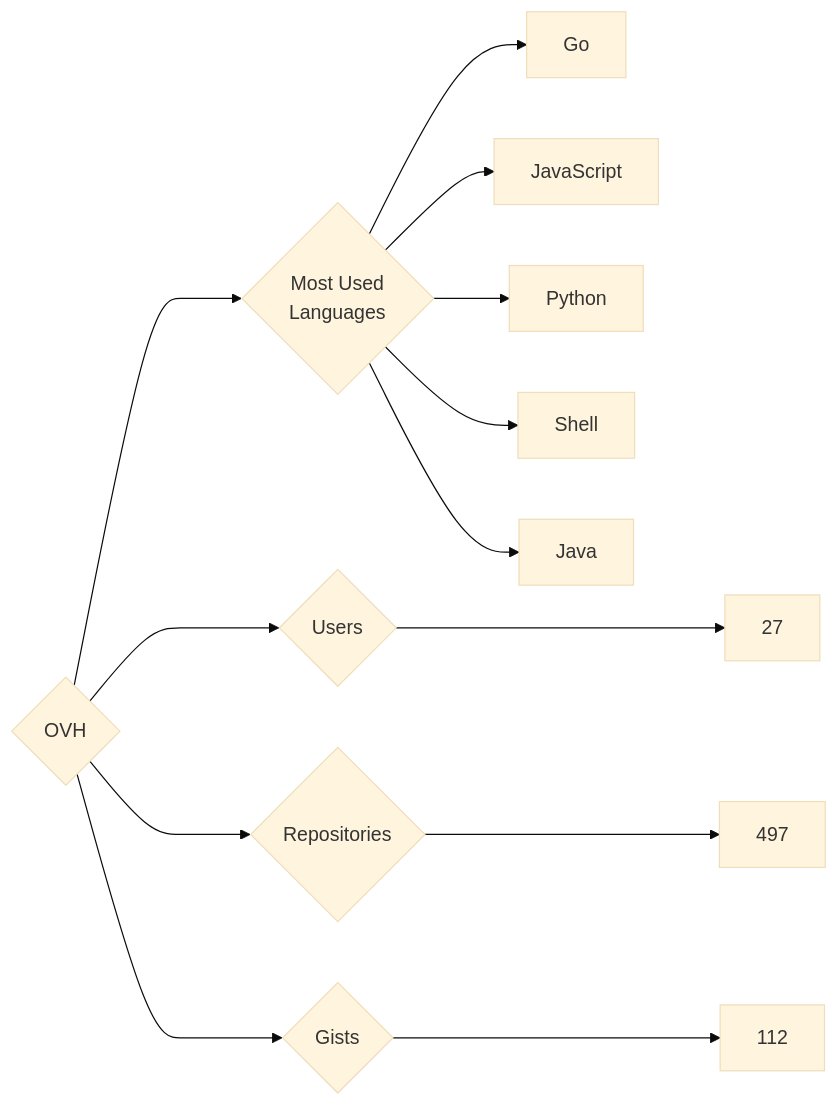
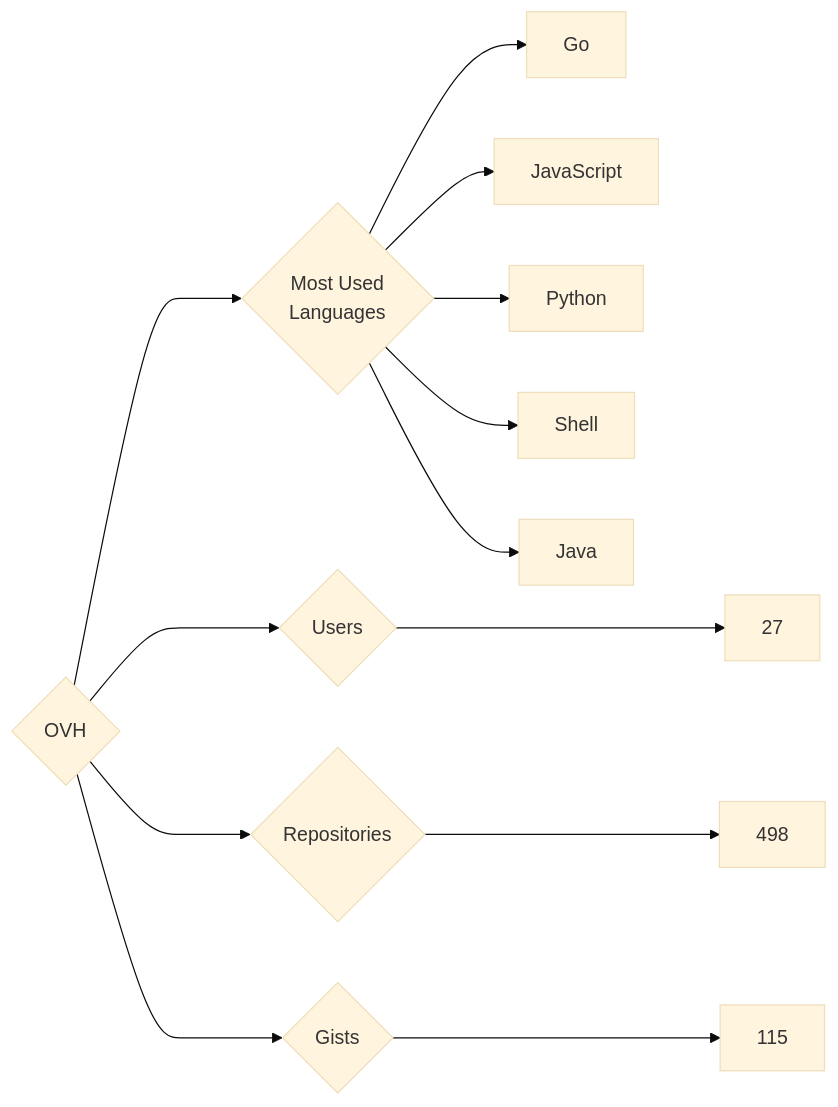
The diagram in targets/OVH/README.md (trickest/insiders), drawn with Mermaid (base theme) before and after one commit. The commit also changed 797 other files, not shown here.

````diff
--- a/targets/OVH/README.md
+++ b/targets/OVH/README.md
@@ -3,13 +3,13 @@
 ```mermaid
 graph LR
 COMPANY_NAME{OVH}
 COMPANY_NAME ---> U{Users} ---> UN[27]
-COMPANY_NAME ---> R{Repositories} ---> RN[497]
-COMPANY_NAME ---> G{Gists} ---> GN[112]
+COMPANY_NAME ---> R{Repositories} ---> RN[498]
+COMPANY_NAME ---> G{Gists} ---> GN[115]
 COMPANY_NAME ---> ML{Most Used<br>Languages}
 ML --> Go[Go]
 ML --> JavaScript[JavaScript]
 ML --> Python[Python]
 ML --> Shell[Shell]
 ML --> Java[Java]
 ```
````
